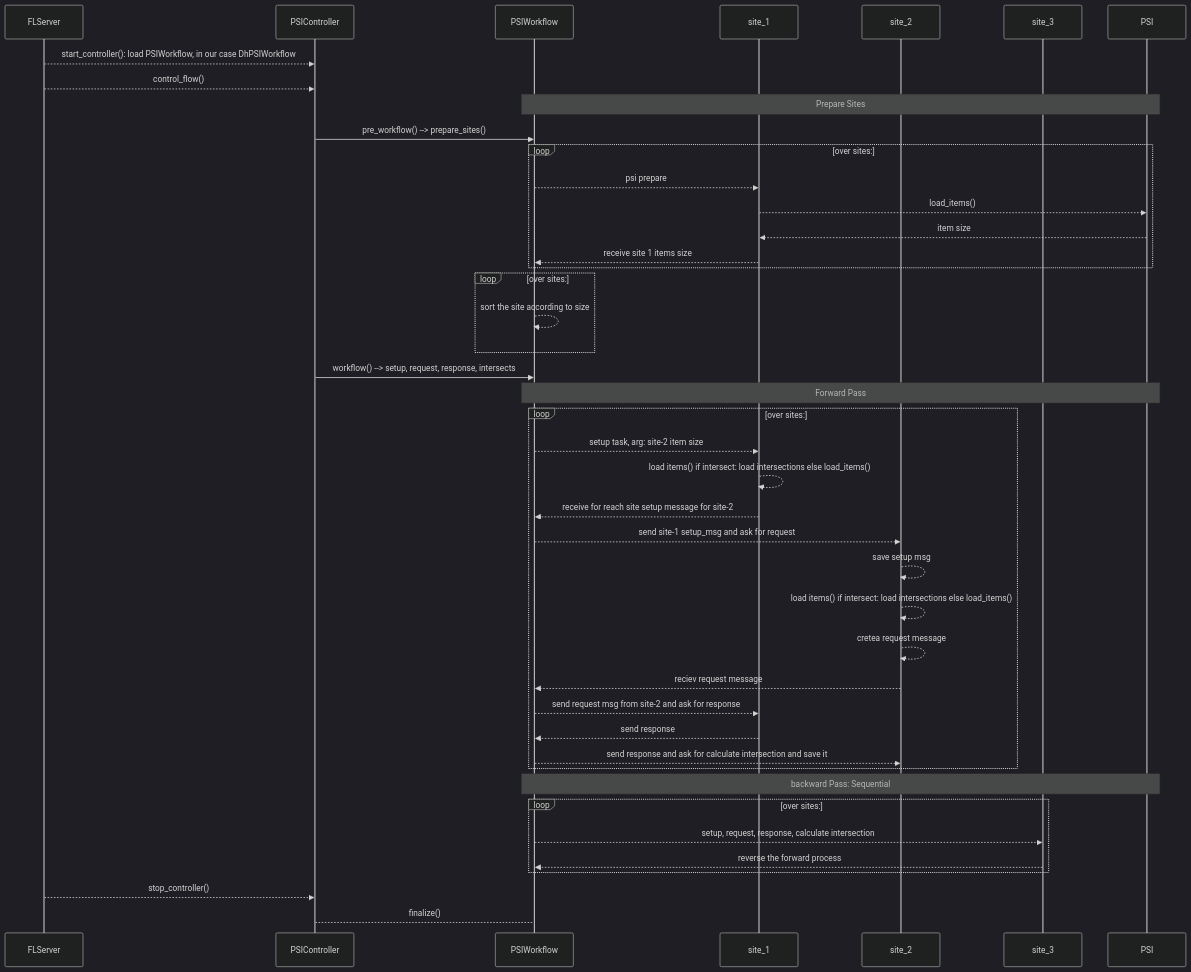
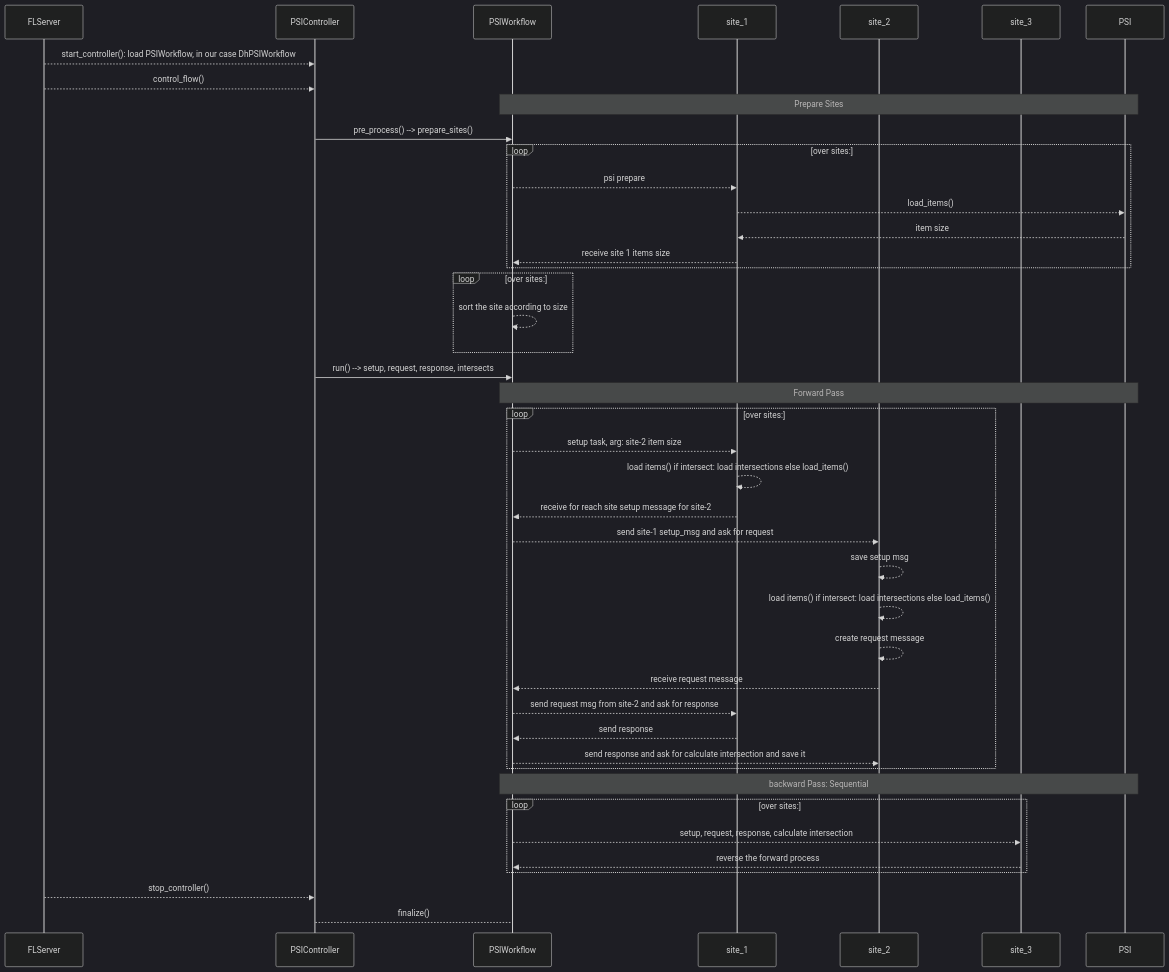
The first of 2 diagrams in nvflare/app_common/psi/README.md (NVIDIA/NVFlare), drawn with Mermaid (dark theme) before and after one commit. The commit also changed other lines of this file and 34 other files, not shown here.

````diff
--- a/nvflare/app_common/psi/README.md
+++ b/nvflare/app_common/psi/README.md
@@ -12,58 +12,58 @@
 ```mermaid
  
 sequenceDiagram
     
     participant FLServer
     participant PSIController 
     participant PSIWorkflow
     participant site_1
     participant site_2
     participant site_3
     participant PSI
     
     FLServer -->> PSIController: start_controller(): load PSIWorkflow, in our case DhPSIWorkflow 
     FLServer -->> PSIController: control_flow() 
     
     note over PSIWorkflow, PSI: Prepare Sites
-    PSIController->>PSIWorkflow: pre_workflow() --> prepare_sites()
+    PSIController->>PSIWorkflow: pre_process() --> prepare_sites()
     loop over sites:
         PSIWorkflow -->> site_1 : psi prepare
         site_1 -->> PSI : load_items() 
         PSI -->> site_1: item size
         site_1 -->> PSIWorkflow: receive site 1 items size
     end
 
     loop over sites:
         PSIWorkflow -->> PSIWorkflow : sort the site according to size 
     end 
     
-    PSIController->>PSIWorkflow: workflow() --> setup, request, response, intersects
+    PSIController->>PSIWorkflow: run() --> setup, request, response, intersects
     note over PSIWorkflow, PSI : Forward Pass
     loop over sites: 
         
         PSIWorkflow -->> site_1 : setup task, arg: site-2 item size
         site_1 -->> site_1 :  load items() if intersect: load intersections else load_items() 
         site_1 -->> PSIWorkflow: receive for reach site setup message for site-2
             
         PSIWorkflow -->> site_2 : send site-1 setup_msg and ask for request 
         site_2 -->> site_2 : save setup msg
         site_2 -->> site_2 : load items() if intersect: load intersections else load_items() 
-        site_2 -->> site_2 : cretea request message
+        site_2 -->> site_2 : create request message
          
-        site_2 -->> PSIWorkflow: reciev request message  
+        site_2 -->> PSIWorkflow: receive request message  
         PSIWorkflow -->> site_1: send request msg from site-2 and ask for response
         site_1 -->> PSIWorkflow: send response
         PSIWorkflow -->> site_2: send response and ask for calculate intersection and save it
     end    
     
       note over PSIWorkflow, PSI : backward Pass: Sequential
     loop over sites:   
       PSIWorkflow -->> site_3 : setup, request, response, calculate intersection
       site_3 -->> PSIWorkflow : reverse the forward process
     end
     
     FLServer -->> PSIController: stop_controller()
     PSIController --> PSIWorkflow: finalize()
     
 
 ```
````
